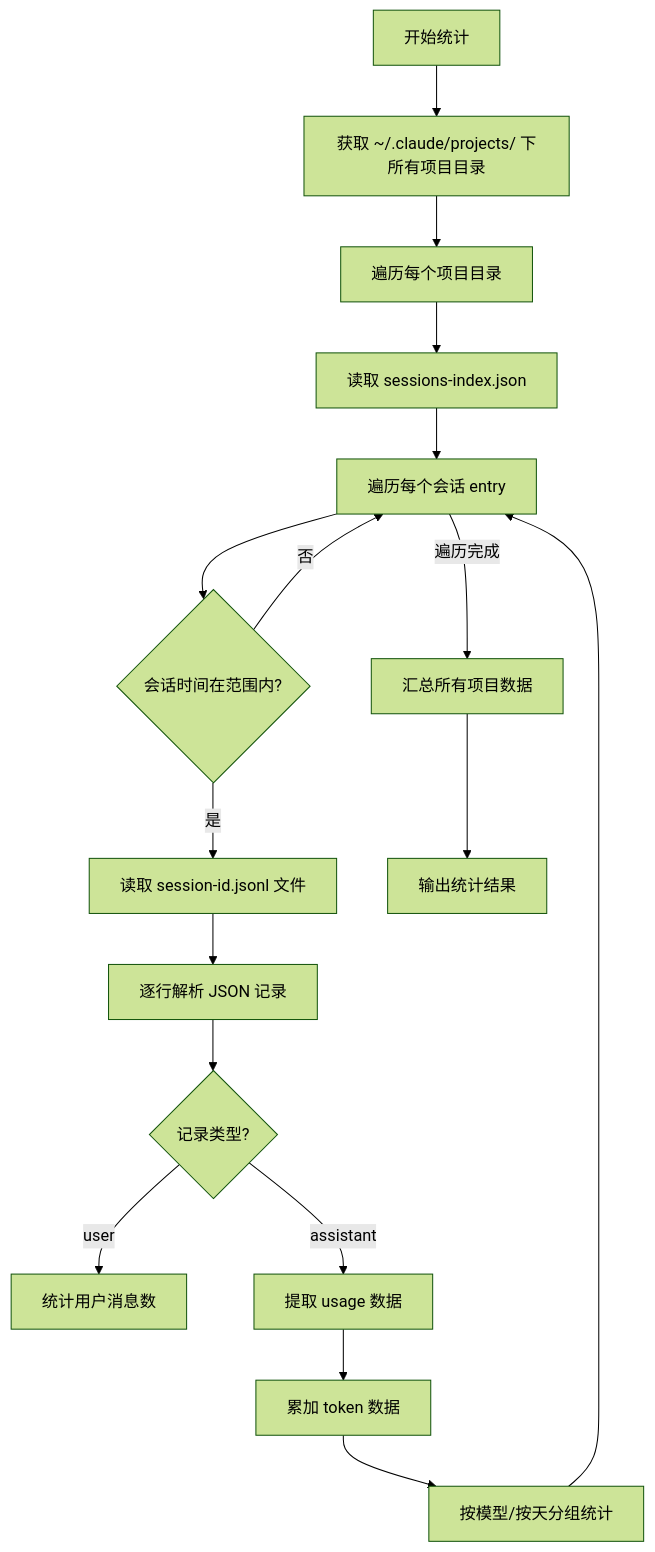
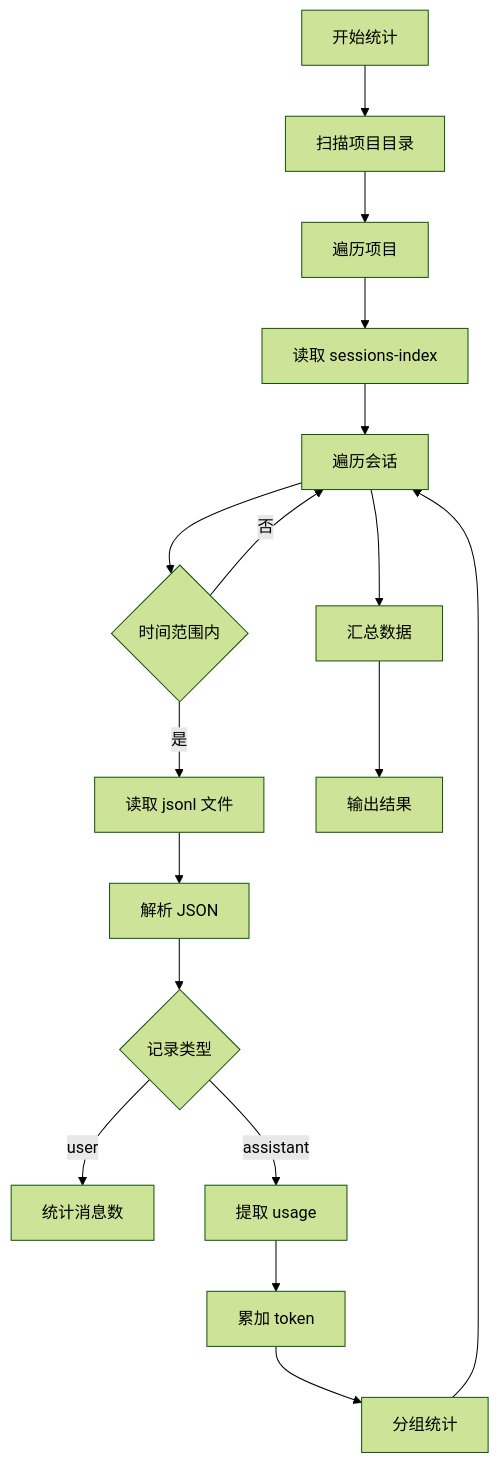
One commit to Momoyeyu/token-usage changed the first of 3 diagrams in docs/stats-calculation.md. Above: the diagram before and after it, drawn with Mermaid (forest theme). The commit also changed other lines of this file and 1 other file, not shown here.

````diff
--- a/docs/stats-calculation.md
+++ b/docs/stats-calculation.md
@@ -27,19 +27,19 @@
 ```mermaid
 flowchart TD
-    A[开始统计] --> B[获取 ~/.claude/projects/ 下所有项目目录]
-    B --> C[遍历每个项目目录]
-    C --> D[读取 sessions-index.json]
-    D --> E[遍历每个会话 entry]
-    E --> F{会话时间在范围内?}
+    A[开始统计] --> B[扫描项目目录]
+    B --> C[遍历项目]
+    C --> D[读取 sessions-index]
+    D --> E[遍历会话]
+    E --> F{时间范围内}
     F -->|否| E
-    F -->|是| G[读取 session-id.jsonl 文件]
-    G --> H[逐行解析 JSON 记录]
-    H --> I{记录类型?}
-    I -->|user| J[统计用户消息数]
-    I -->|assistant| K[提取 usage 数据]
-    K --> L[累加 token 数据]
-    L --> M[按模型/按天分组统计]
+    F -->|是| G[读取 jsonl 文件]
+    G --> H[解析 JSON]
+    H --> I{记录类型}
+    I -->|user| J[统计消息数]
+    I -->|assistant| K[提取 usage]
+    K --> L[累加 token]
+    L --> M[分组统计]
     M --> E
-    E -->|遍历完成| N[汇总所有项目数据]
-    N --> O[输出统计结果]
+    E --> N[汇总数据]
+    N --> O[输出结果]
 ```
````
